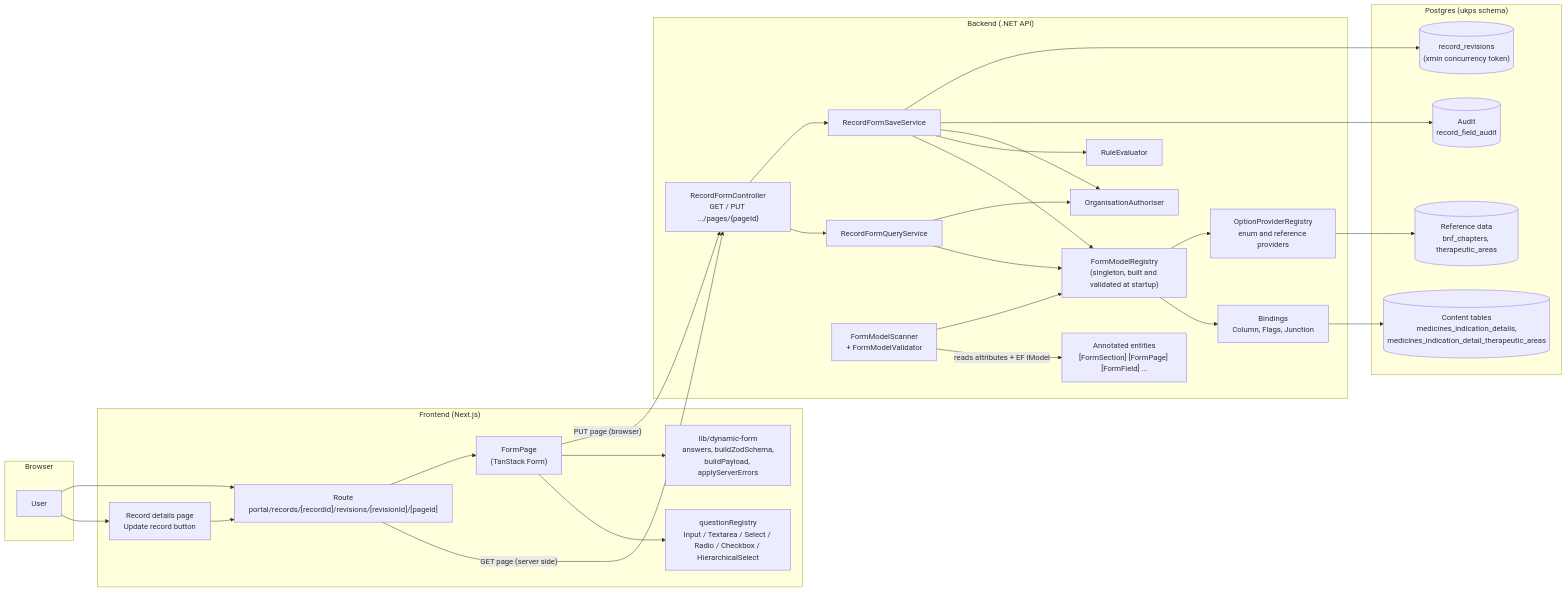
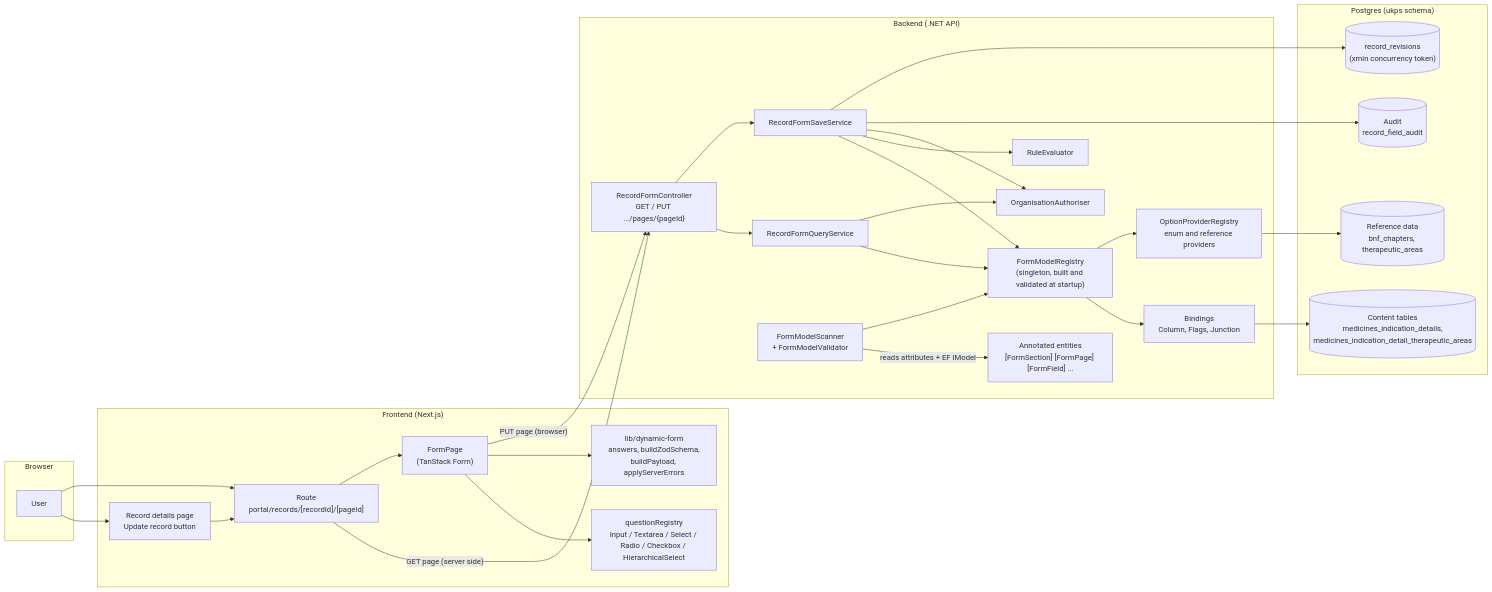
One commit to ditnice/aws-UKPS changed the first of 6 diagrams in documentation/form-generation/high-level-design.md. Above: the diagram before and after it, drawn with Mermaid. The commit also changed other lines of this file and 33 other files, not shown here.

Commit message:
Resolve the record's latest revision server-side and remove revisionId from form URLs and record API responses

````diff
--- a/documentation/form-generation/high-level-design.md
+++ b/documentation/form-generation/high-level-design.md
@@ -83,57 +83,57 @@
 ```mermaid
 flowchart LR
     subgraph Browser
         U[User]
     end
 
     subgraph Frontend["Frontend (Next.js)"]
-        R["Route<br/>portal/records/[recordId]/revisions/[revisionId]/[pageId]"]
+        R["Route<br/>portal/records/[recordId]/[pageId]"]
         FP["FormPage<br/>(TanStack Form)"]
         QR["questionRegistry<br/>Input / Textarea / Select / Radio / Checkbox / HierarchicalSelect"]
         DF["lib/dynamic-form<br/>answers, buildZodSchema,<br/>buildPayload, applyServerErrors"]
         RT["Record details page<br/>Update record button"]
     end
 
     subgraph Backend["Backend (.NET API)"]
         C["RecordFormController<br/>GET / PUT .../pages/{pageId}"]
         Q[RecordFormQueryService]
         S[RecordFormSaveService]
         RE[RuleEvaluator]
         REG["FormModelRegistry<br/>(singleton, built and validated at startup)"]
         SC["FormModelScanner<br/>+ FormModelValidator"]
         ENT["Annotated entities<br/>[FormSection] [FormPage] [FormField] ..."]
         B["Bindings<br/>Column, Flags, Junction"]
         O["OptionProviderRegistry<br/>enum and reference providers"]
         A[OrganisationAuthoriser]
     end
 
     subgraph DB["Postgres (ukps schema)"]
         T[("Content tables<br/>medicines_indication_details,<br/>medicines_indication_detail_therapeutic_areas")]
         RD[("Reference data<br/>bnf_chapters, therapeutic_areas")]
         AU[("Audit<br/>record_field_audit")]
         RV[("record_revisions<br/>(xmin concurrency token)")]
     end
 
     U --> RT --> R
     U --> R
     R -- "GET page (server side)" --> C
     R --> FP
     FP --> QR
     FP --> DF
     FP -- "PUT page (browser)" --> C
     C --> Q
     C --> S
     Q --> REG
     S --> REG
     S --> RE
     SC -- "reads attributes + EF IModel" --> ENT
     SC --> REG
     REG --> B
     REG --> O
     Q --> A
     S --> A
     B --> T
     O --> RD
     S --> AU
     S --> RV
 ```
````
